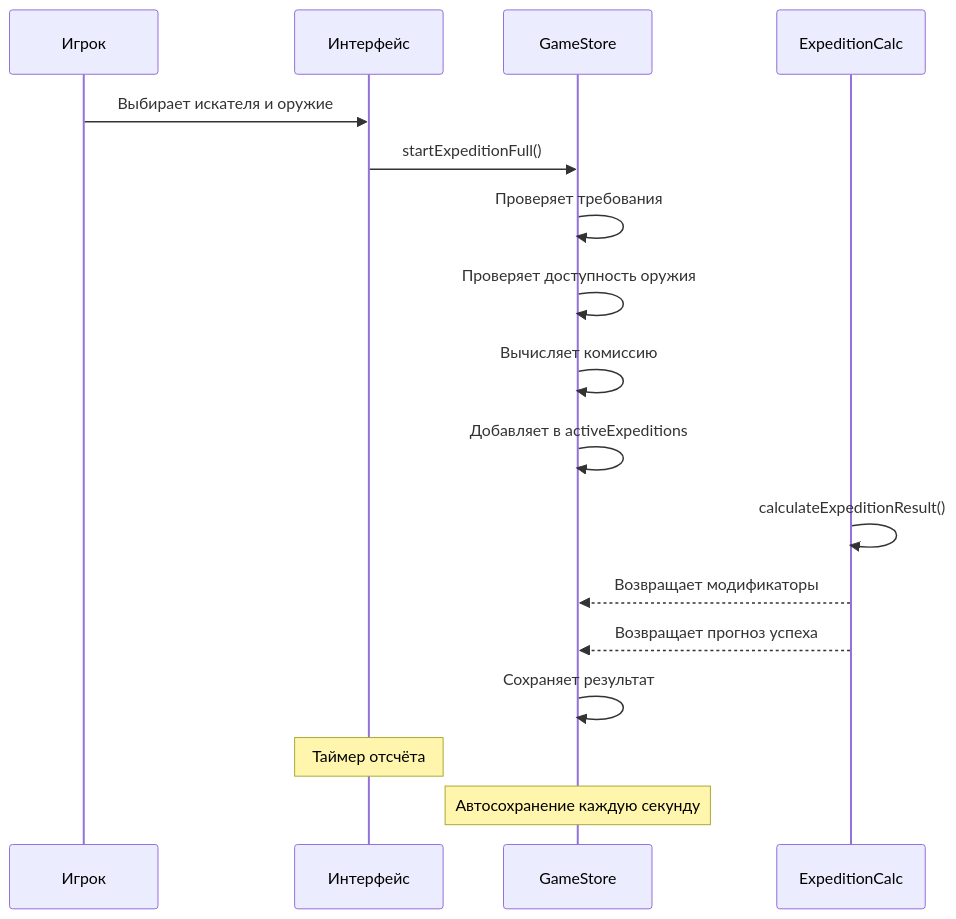
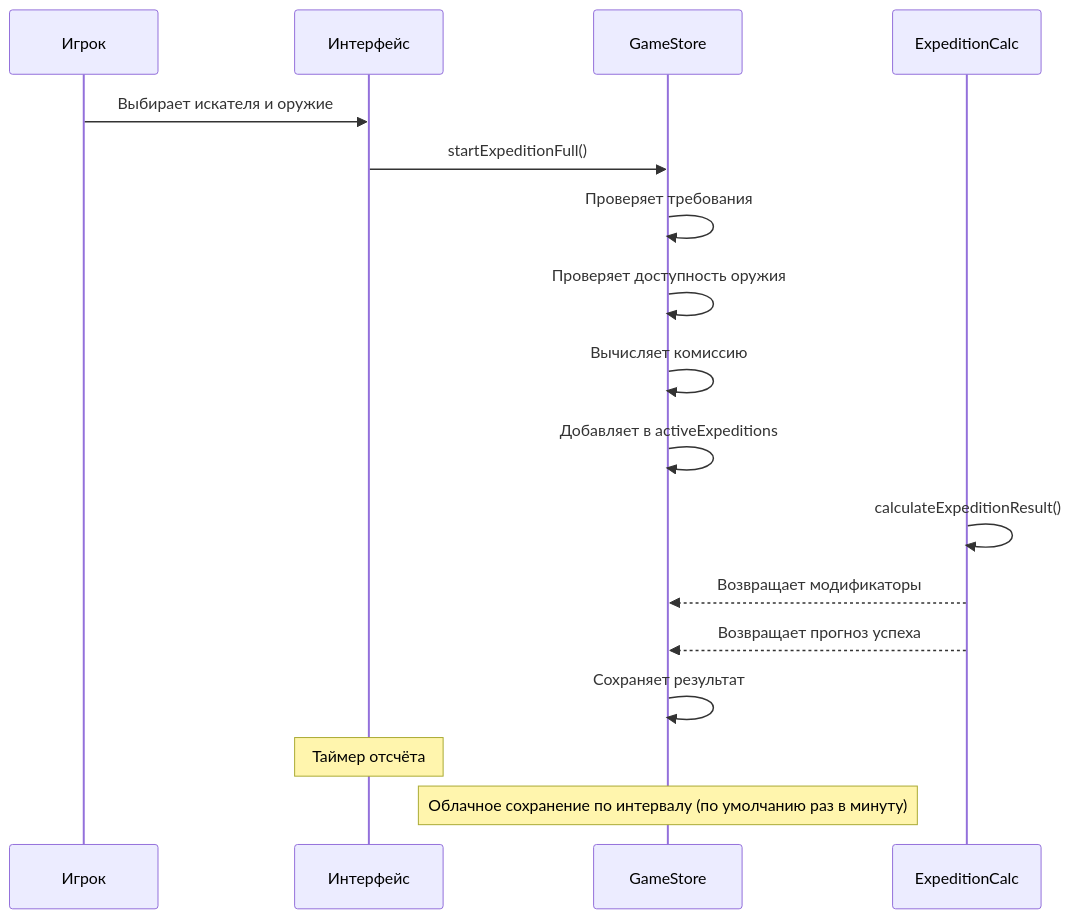
One commit to telldrasilo/swordcraft-turso-v3 changed the third of 3 diagrams in docs/01_ARCHITECTURE.md. Above: the diagram before and after it, drawn with Mermaid. The commit also changed other lines of this file and 136 other files, not shown here.

````diff
--- a/docs/01_ARCHITECTURE.md
+++ b/docs/01_ARCHITECTURE.md
@@ -185,21 +156,21 @@
 ```mermaid
 sequenceDiagram
     participant Player as Игрок
     participant UI as Интерфейс
     participant Store as GameStore
     participant Calc as ExpeditionCalc
     
     Player->>UI: Выбирает искателя и оружие
     UI->>Store: startExpeditionFull()
     Store->>Store: Проверяет требования
     Store->>Store: Проверяет доступность оружия
     Store->>Store: Вычисляет комиссию
     Store->>Store: Добавляет в activeExpeditions
     Calc->>Calc: calculateExpeditionResult()
     Calc-->>Store: Возвращает модификаторы
     Calc-->>Store: Возвращает прогноз успеха
     Store->>Store: Сохраняет результат
     
     Note over UI: Таймер отсчёта
-    Note over Store: Автосохранение каждую секунду
+    Note over Store: Облачное сохранение по интервалу (по умолчанию раз в минуту)
 ```
````
